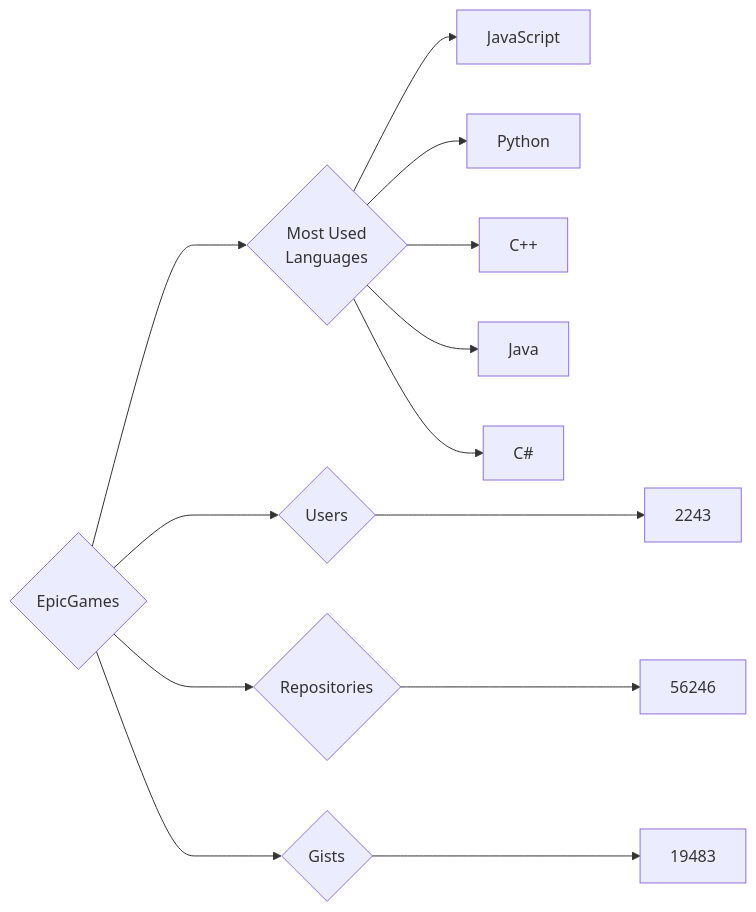
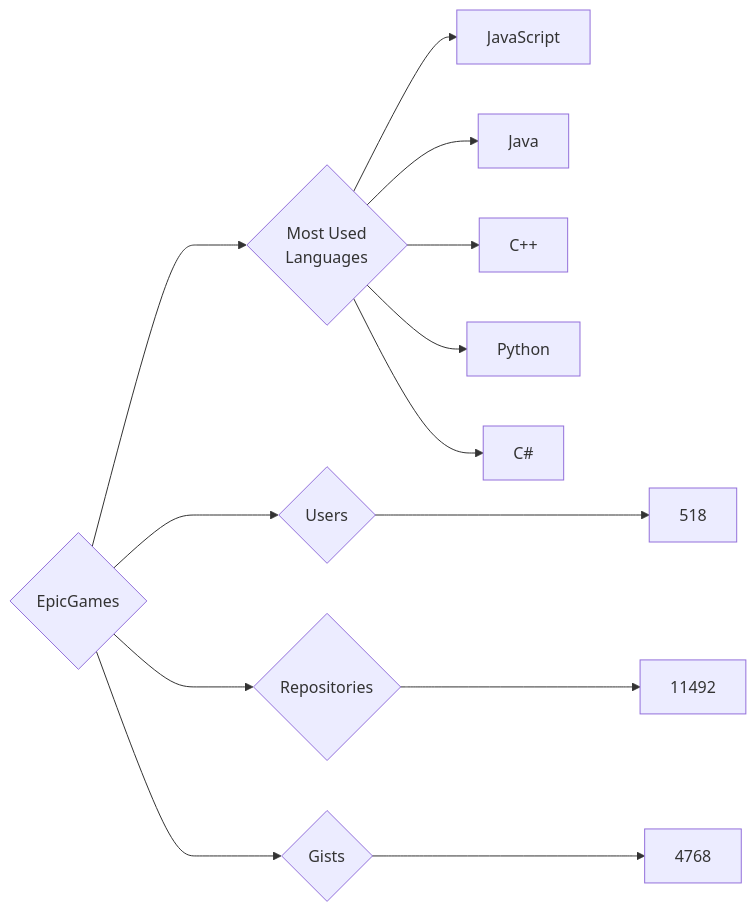
One commit to trickest/insiders changed the diagram in targets/EpicGames/README.md. Above: the diagram before and after it, drawn with Mermaid. The commit also changed 657 other files, not shown here.

````diff
--- a/targets/EpicGames/README.md
+++ b/targets/EpicGames/README.md
@@ -3,13 +3,13 @@
 ```mermaid
 graph LR
 COMPANY_NAME{EpicGames}
-COMPANY_NAME ---> U{Users} ---> UN[2243]
-COMPANY_NAME ---> R{Repositories} ---> RN[56246]
-COMPANY_NAME ---> G{Gists} ---> GN[19483]
+COMPANY_NAME ---> U{Users} ---> UN[518]
+COMPANY_NAME ---> R{Repositories} ---> RN[11492]
+COMPANY_NAME ---> G{Gists} ---> GN[4768]
 COMPANY_NAME ---> ML{Most Used<br>Languages}
 ML --> JavaScript[JavaScript]
+ML --> Java[Java]
+ML --> C++[C++]
 ML --> Python[Python]
-ML --> C++[C++]
-ML --> Java[Java]
 ML --> C#[C#]
 ```
````
